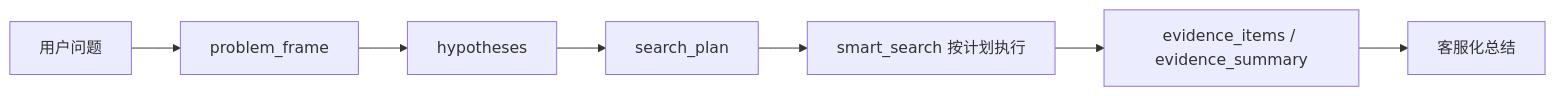
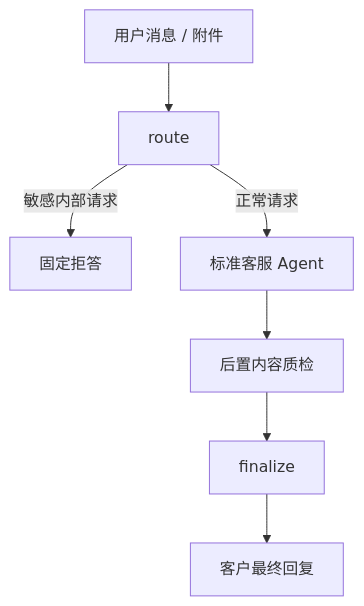
The third of 7 diagrams in docs/AGENT_TECHNICAL_DOCUMENTATION.md (lr12338/hifleet-agent), drawn with Mermaid before and after one commit. The commit also changed other lines of this file and 9 other files, not shown here.

````diff
--- a/docs/AGENT_TECHNICAL_DOCUMENTATION.md
+++ b/docs/AGENT_TECHNICAL_DOCUMENTATION.md
@@ -308,9 +79,9 @@
 ```mermaid
-flowchart LR
-    Q[用户问题] --> Frame[problem_frame]
-    Frame --> Hypo[hypotheses]
-    Hypo --> Plan[search_plan]
-    Plan --> Search[smart_search 按计划执行]
-    Search --> Review[evidence_items / evidence_summary]
-    Review --> Answer[客服化总结]
+flowchart TD
+    Msg[用户消息 / 附件] --> RouteNode[route]
+    RouteNode -->|敏感内部请求| Refuse[固定拒答]
+    RouteNode -->|正常请求| Delegate[标准客服 Agent]
+    Delegate --> Check[后置内容质检]
+    Check --> Finalize[finalize]
+    Finalize --> Reply[客户最终回复]
 ```
````
